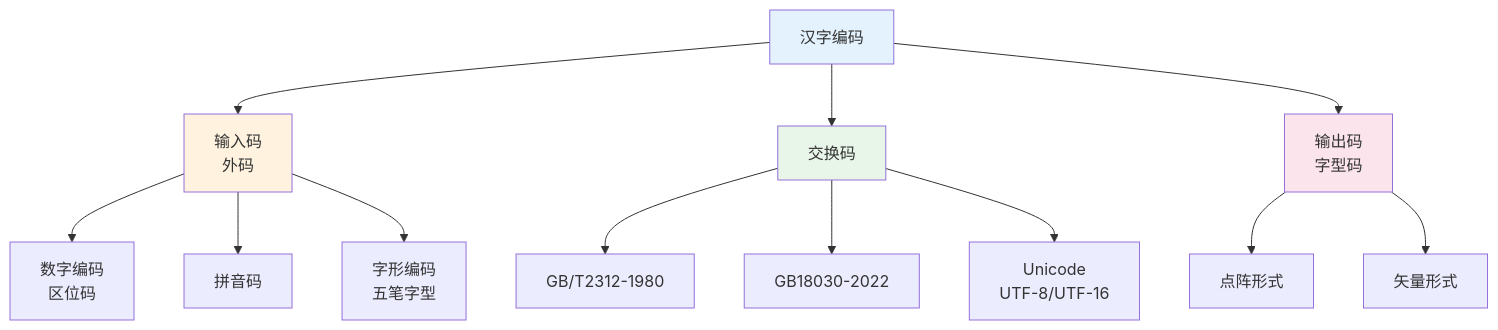
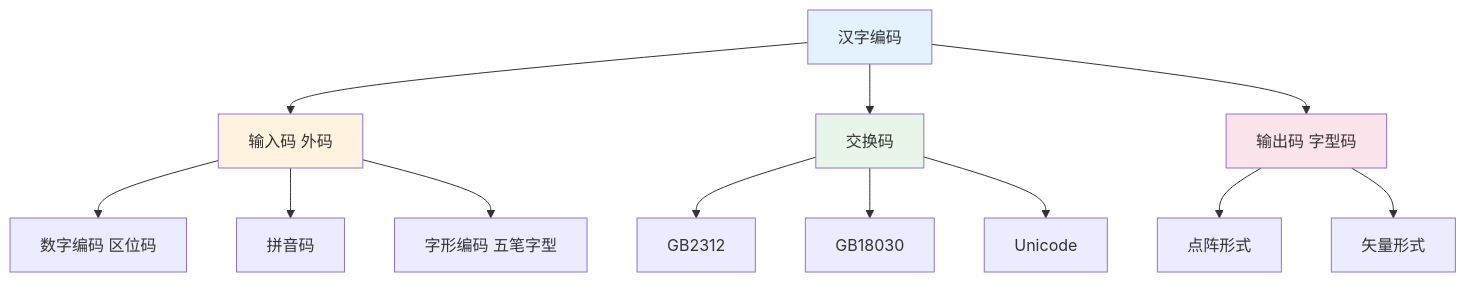
One commit to gilismael826-lgtm/course changed the third of 3 diagrams in 计算机组成原理/notes/章节笔记/第2章-运算方法和运算器/第2章-2.1-数据与文字的表示方法.md. Above: the diagram before and after it, drawn with Mermaid. The commit also changed other lines of this file and 28 other files, not shown here.

````diff
--- a/计算机组成原理/notes/章节笔记/第2章-运算方法和运算器/第2章-2.1-数据与文字的表示方法.md
+++ b/计算机组成原理/notes/章节笔记/第2章-运算方法和运算器/第2章-2.1-数据与文字的表示方法.md
@@ -276,22 +276,22 @@
 ```mermaid
 flowchart TB
-    A[汉字编码] --> B[输入码<br/>外码]
+    A[汉字编码] --> B[输入码 外码]
     A --> C[交换码]
-    A --> D[输出码<br/>字型码]
+    A --> D[输出码 字型码]
     
-    B --> B1[数字编码<br/>区位码]
+    B --> B1[数字编码 区位码]
     B --> B2[拼音码]
-    B --> B3[字形编码<br/>五笔字型]
+    B --> B3[字形编码 五笔字型]
     
-    C --> C1[GB/T2312-1980]
-    C --> C2[GB18030-2022]
-    C --> C3[Unicode<br/>UTF-8/UTF-16]
+    C --> C1[GB2312]
+    C --> C2[GB18030]
+    C --> C3[Unicode]
     
     D --> D1[点阵形式]
     D --> D2[矢量形式]
     
     style A fill:#e3f2fd
     style B fill:#fff3e0
     style C fill:#e8f5e9
     style D fill:#fce4ec
 ```
````
